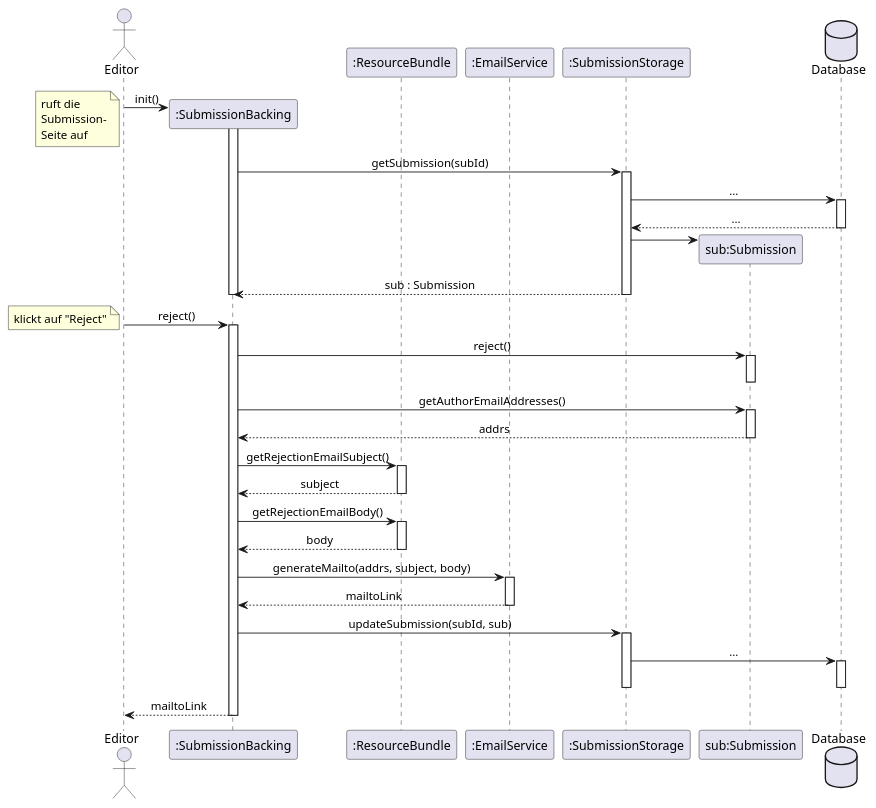
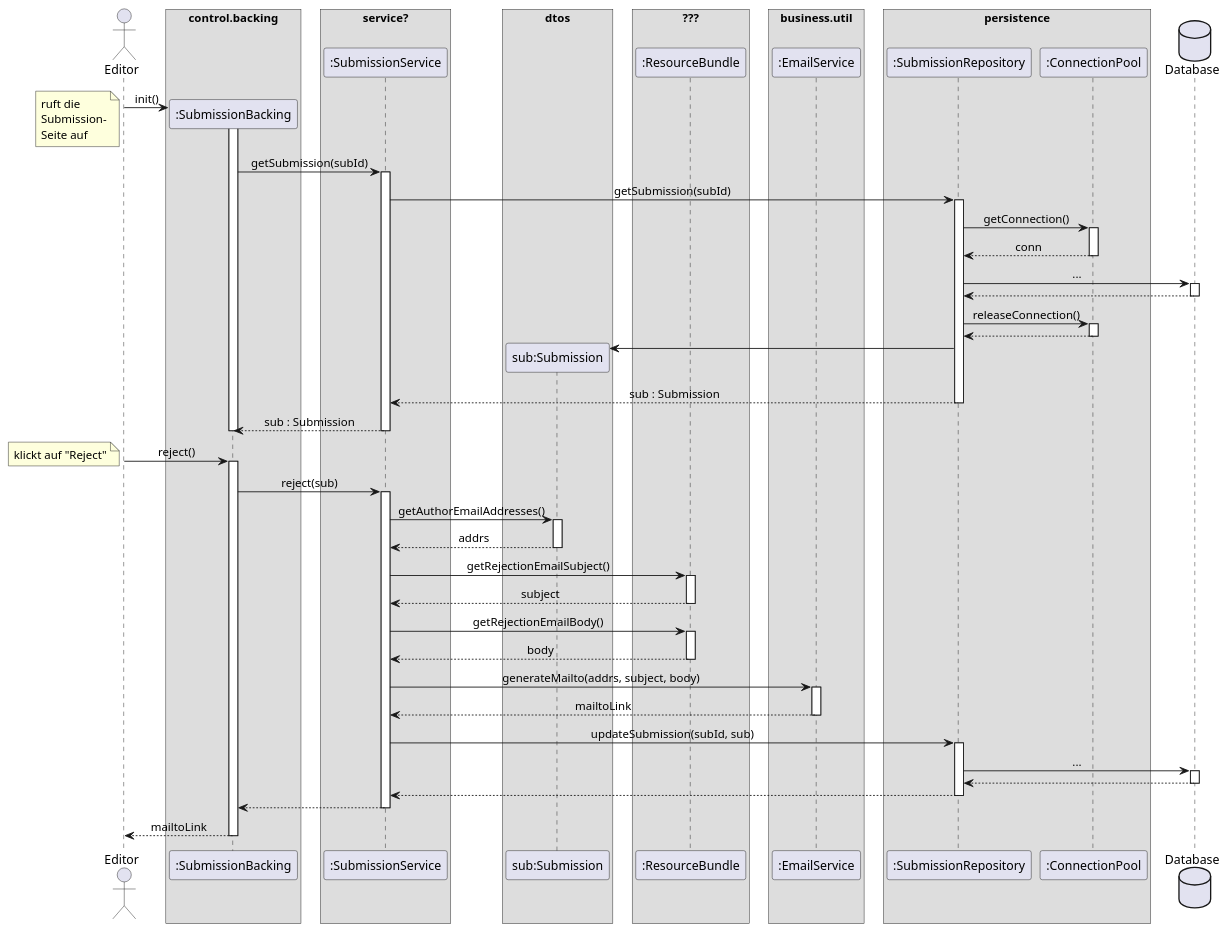
The diagram in docs/Entwurf/puml/reject_submission.puml (guersterst/LasEs), drawn with PlantUML before and after one commit. The commit also changed 3 other files, not shown here.

```diff
--- a/docs/Entwurf/puml/reject_submission.puml
+++ b/docs/Entwurf/puml/reject_submission.puml
@@ -1,67 +1,91 @@
 @startuml
 'https://plantuml.com/sequence-diagram
 
 '!theme aws-orange
 skinparam sequenceMessageAlign center
+skinparam BoxPadding 10
 'autonumber
 'autoactivate on
 
 actor Editor as editor
-participant ":SubmissionBacking" as submissionBacking
-participant ":ResourceBundle" as rscBundle
+box "control.backing"
+    participant ":SubmissionBacking" as subBacking
+end box
+box "service?"
+    participant ":SubmissionService" as subService
+end box
+box "dtos"
+    participant "sub:Submission" as sub
+end box
+
+box "???"
+    participant ":ResourceBundle" as rscBundle
+end box
+box "business.util"
 participant ":EmailService" as emailService
-participant ":SubmissionStorage" as subStorage
-participant "sub:Submission" as sub
+end box
+box persistence
+    participant ":SubmissionRepository" as subRepo
+    participant ":ConnectionPool" as connPool
+end box
 database "Database" as db
 
-editor -> submissionBacking ** : init()
+editor -> subBacking ** : init()
 note left
     ruft die
     Submission-
     Seite auf
 end note
-activate submissionBacking
-    submissionBacking -> subStorage : getSubmission(subId)
-    activate subStorage
-        subStorage -> db : ...
-        activate db
-        return ...
-        create sub
-        subStorage -> sub
-    return sub : Submission
-deactivate submissionBacking
+activate subBacking
+        subBacking -> subService : getSubmission(subId)
+        activate subService
+            subService -> subRepo : getSubmission(subId)
+            activate subRepo
+                subRepo -> connPool : getConnection()
+                activate connPool
+                return conn
+                subRepo -> db : ...
+                activate db
+                return
+                subRepo -> connPool : releaseConnection()
+                    activate connPool
+                    return
+                create sub
+                subRepo -> sub
+            return sub : Submission
+        return sub : Submission
+deactivate subBacking
 
-editor -> submissionBacking : reject()
+editor -> subBacking : reject()
 note left
     klickt auf "Reject"
 end note
-activate submissionBacking
-    submissionBacking -> sub : reject()
-    activate sub
-    deactivate sub
+activate subBacking
+    subBacking -> subService : reject(sub)
+    activate subService
+        subService -> sub : getAuthorEmailAddresses()
+        activate sub
+        return addrs
+        subService -> rscBundle : getRejectionEmailSubject()
+        activate rscBundle
+        return subject
+        subService -> rscBundle : getRejectionEmailBody()
+        activate rscBundle
+        return body
 
-    submissionBacking -> sub : getAuthorEmailAddresses()
-    activate sub
-    return addrs
-    submissionBacking -> rscBundle : getRejectionEmailSubject()
-    activate rscBundle
-    return subject
-    submissionBacking -> rscBundle : getRejectionEmailBody()
-    activate rscBundle
-    return body
+        subService -> emailService : generateMailto(addrs, subject, body)
+        activate emailService
+        return mailtoLink
 
-    submissionBacking -> emailService : generateMailto(addrs, subject, body)
-    activate emailService
-    return mailtoLink
-
-    submissionBacking -> subStorage : updateSubmission(subId, sub)
-    activate subStorage
-        subStorage -> db : ...
-        activate db
-        deactivate db
-    deactivate subStorage
+        subService -> subRepo : updateSubmission(subId, sub)
+        activate subRepo
+            subRepo -> db : ...
+            activate db
+            return
+        return
+    return
 
 return mailtoLink
 
 
 @enduml
```
